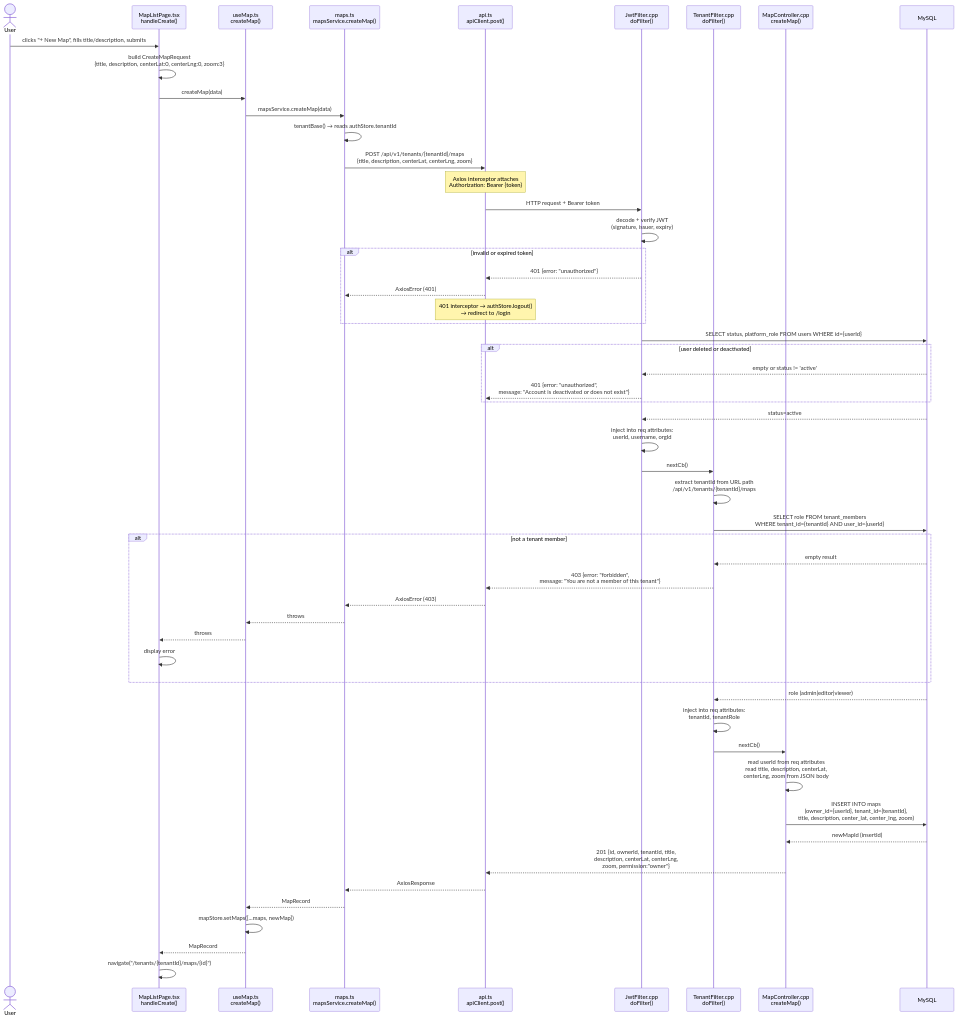
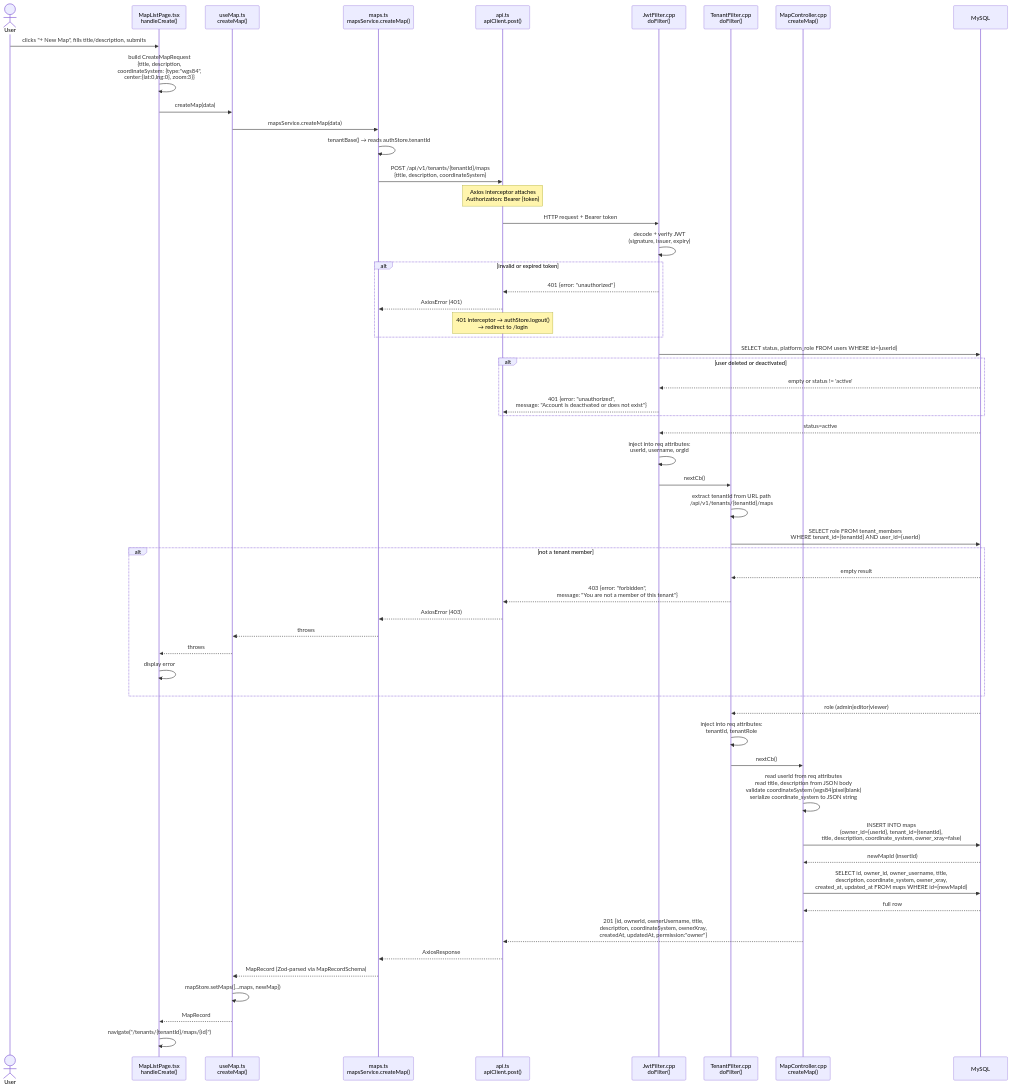
The diagram in docs/flow-create-map.md (dcltdw/annotated-maps), drawn with Mermaid before and after one commit.

Commit message:
docs: refresh flow-create-map.md to current payload + schema (#173)
The diagram still showed the pre-rebuild flat-payload shape
({centerLat, centerLng, zoom}) and the obsolete maps schema
(center_lat, center_lng, zoom columns). Current shape:

- Request: coordinateSystem: { type: "wgs84", center: {lat, lng}, zoom }
- DB row:  coordinate_system JSON column + owner_xray boolean
- Response: ownerUsername, coordinateSystem, ownerXray, timestamps;
            response is Zod-parsed via MapRecordSchema on the client

Also added the SELECT-after-INSERT step to match the actual controller
behavior (re-fetches the canonical row to populate created_at /
updated_at), and the Zod parse step on the client side per #92.

Closes #173.

````diff
--- a/docs/flow-create-map.md
+++ b/docs/flow-create-map.md
@@ -3,69 +3,72 @@
 ```mermaid
 sequenceDiagram
     actor User
     participant ML as MapListPage.tsx<br/>handleCreate()
     participant UM as useMap.ts<br/>createMap()
     participant MS as maps.ts<br/>mapsService.createMap()
     participant AX as api.ts<br/>apiClient.post()
     participant JF as JwtFilter.cpp<br/>doFilter()
     participant TF as TenantFilter.cpp<br/>doFilter()
     participant MC as MapController.cpp<br/>createMap()
     participant DB as MySQL
 
     User->>ML: clicks "+ New Map", fills title/description, submits
-    ML->>ML: build CreateMapRequest<br/>{title, description, centerLat:0, centerLng:0, zoom:3}
+    ML->>ML: build CreateMapRequest<br/>{title, description,<br/>coordinateSystem: {type:"wgs84",<br/>center:{lat:0,lng:0}, zoom:3}}
 
     ML->>UM: createMap(data)
     UM->>MS: mapsService.createMap(data)
     MS->>MS: tenantBase() → reads authStore.tenantId
-    MS->>AX: POST /api/v1/tenants/{tenantId}/maps<br/>{title, description, centerLat, centerLng, zoom}
+    MS->>AX: POST /api/v1/tenants/{tenantId}/maps<br/>{title, description, coordinateSystem}
 
     Note over AX: Axios interceptor attaches<br/>Authorization: Bearer {token}
 
     AX->>JF: HTTP request + Bearer token
 
     JF->>JF: decode + verify JWT<br/>(signature, issuer, expiry)
     alt invalid or expired token
         JF-->>AX: 401 {error: "unauthorized"}
         AX-->>MS: AxiosError (401)
         Note over AX: 401 interceptor → authStore.logout()<br/>→ redirect to /login
     end
 
     JF->>DB: SELECT status, platform_role FROM users WHERE id={userId}
     alt user deleted or deactivated
         DB-->>JF: empty or status != 'active'
         JF-->>AX: 401 {error: "unauthorized",<br/>message: "Account is deactivated or does not exist"}
     end
     DB-->>JF: status=active
 
     JF->>JF: inject into req attributes:<br/>userId, username, orgId
     JF->>TF: nextCb()
 
     TF->>TF: extract tenantId from URL path<br/>/api/v1/tenants/{tenantId}/maps
     TF->>DB: SELECT role FROM tenant_members<br/>WHERE tenant_id={tenantId} AND user_id={userId}
     alt not a tenant member
         DB-->>TF: empty result
         TF-->>AX: 403 {error: "forbidden",<br/>message: "You are not a member of this tenant"}
         AX-->>MS: AxiosError (403)
         MS-->>UM: throws
         UM-->>ML: throws
         ML->>ML: display error
     end
     DB-->>TF: role (admin|editor|viewer)
 
     TF->>TF: inject into req attributes:<br/>tenantId, tenantRole
     TF->>MC: nextCb()
 
-    MC->>MC: read userId from req attributes<br/>read title, description, centerLat,<br/>centerLng, zoom from JSON body
+    MC->>MC: read userId from req attributes<br/>read title, description from JSON body<br/>validate coordinateSystem (wgs84|pixel|blank)<br/>serialize coordinate_system to JSON string
 
-    MC->>DB: INSERT INTO maps<br/>(owner_id={userId}, tenant_id={tenantId},<br/>title, description, center_lat, center_lng, zoom)
+    MC->>DB: INSERT INTO maps<br/>(owner_id={userId}, tenant_id={tenantId},<br/>title, description, coordinate_system, owner_xray=false)
     DB-->>MC: newMapId (insertId)
 
-    MC-->>AX: 201 {id, ownerId, tenantId, title,<br/>description, centerLat, centerLng,<br/>zoom, permission:"owner"}
+    MC->>DB: SELECT id, owner_id, owner_username, title,<br/>description, coordinate_system, owner_xray,<br/>created_at, updated_at FROM maps WHERE id={newMapId}
+    DB-->>MC: full row
+
+    MC-->>AX: 201 {id, ownerId, ownerUsername, title,<br/>description, coordinateSystem, ownerXray,<br/>createdAt, updatedAt, permission:"owner"}
     AX-->>MS: AxiosResponse
-    MS-->>UM: MapRecord
+    MS-->>UM: MapRecord (Zod-parsed via MapRecordSchema)
 
     UM->>UM: mapStore.setMaps([...maps, newMap])
     UM-->>ML: MapRecord
     ML->>ML: navigate("/tenants/{tenantId}/maps/{id}")
 ```
````
